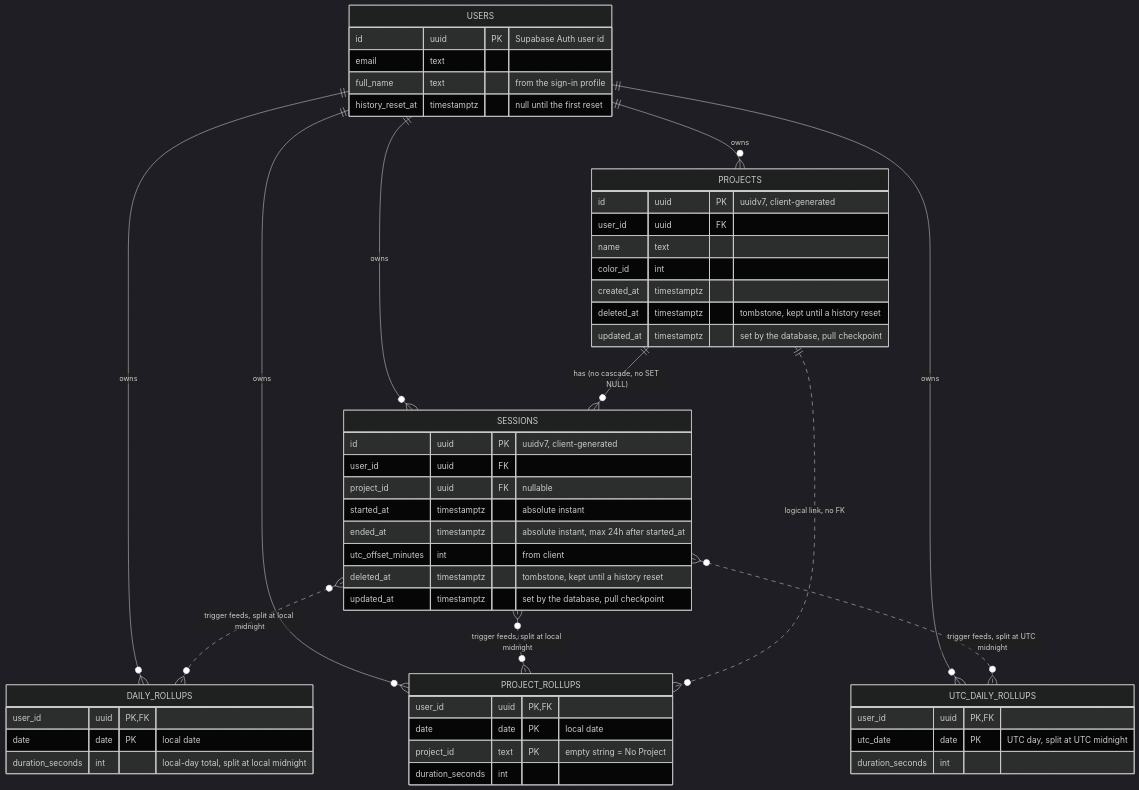
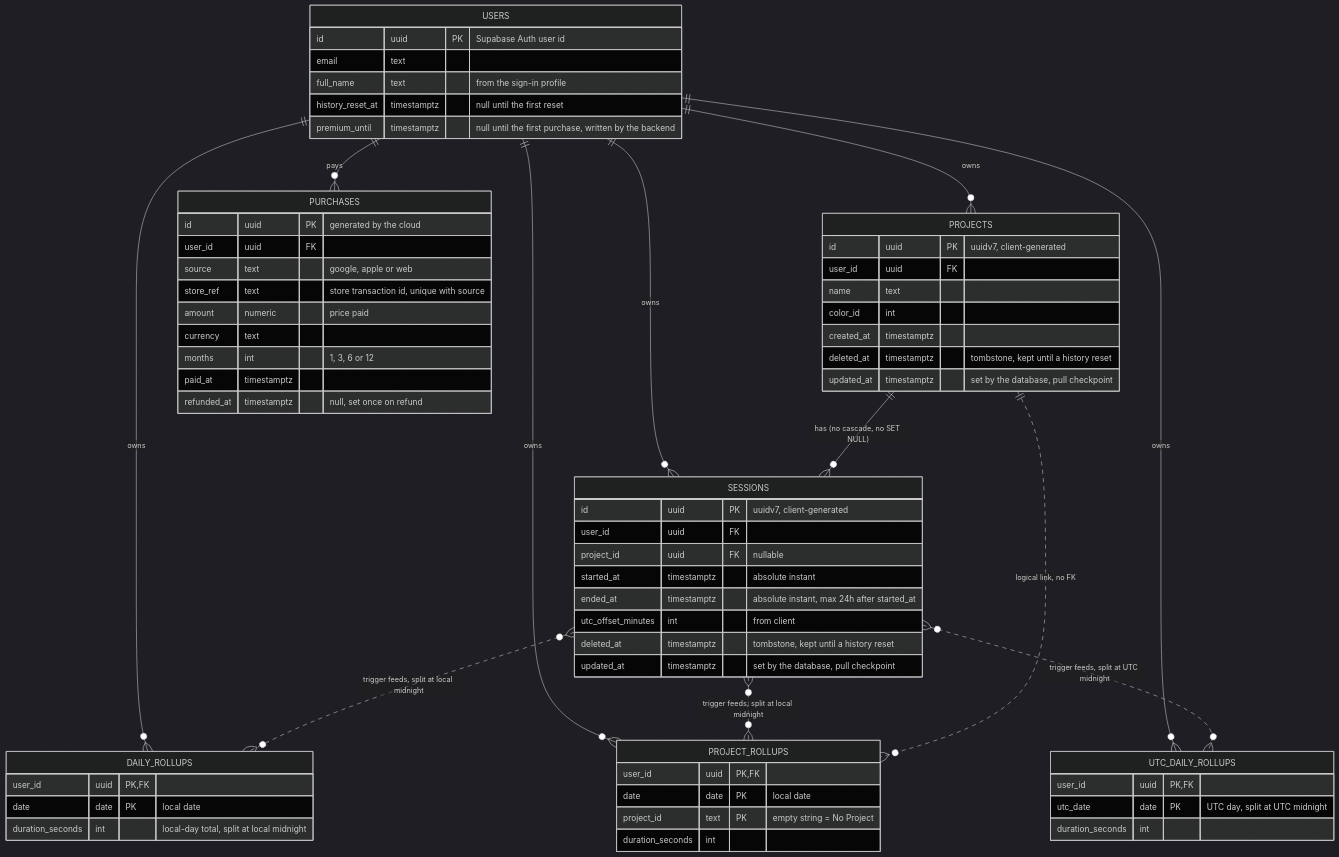
One commit to sardaar-niamotullah/tarkeez changed the third of 3 diagrams in README.md. Above: the diagram before and after it, drawn with Mermaid (dark theme). The commit also changed other lines of this file and 1 other file, not shown here.

````diff
--- a/README.md
+++ b/README.md
@@ -417,55 +435,68 @@
 ```mermaid
 erDiagram
   USERS ||--o{ PROJECTS : owns
   USERS ||--o{ SESSIONS : owns
   USERS ||--o{ DAILY_ROLLUPS : owns
   USERS ||--o{ PROJECT_ROLLUPS : owns
   USERS ||--o{ UTC_DAILY_ROLLUPS : owns
+  USERS ||--o{ PURCHASES : pays
   PROJECTS ||--o{ SESSIONS : "has (no cascade, no SET NULL)"
   SESSIONS }o..o{ DAILY_ROLLUPS : "trigger feeds, split at local midnight"
   SESSIONS }o..o{ PROJECT_ROLLUPS : "trigger feeds, split at local midnight"
   SESSIONS }o..o{ UTC_DAILY_ROLLUPS : "trigger feeds, split at UTC midnight"
   PROJECTS ||..o{ PROJECT_ROLLUPS : "logical link, no FK"
 
   USERS {
     id uuid PK "Supabase Auth user id"
     email text
     full_name text "from the sign-in profile"
     history_reset_at timestamptz "null until the first reset"
+    premium_until timestamptz "null until the first purchase, written by the backend"
   }
   PROJECTS {
     id uuid PK "uuidv7, client-generated"
     user_id uuid FK
     name text
     color_id int
     created_at timestamptz
     deleted_at timestamptz "tombstone, kept until a history reset"
     updated_at timestamptz "set by the database, pull checkpoint"
   }
   SESSIONS {
     id uuid PK "uuidv7, client-generated"
     user_id uuid FK
     project_id uuid FK "nullable"
     started_at timestamptz "absolute instant"
     ended_at timestamptz "absolute instant, max 24h after started_at"
     utc_offset_minutes int "from client"
     deleted_at timestamptz "tombstone, kept until a history reset"
     updated_at timestamptz "set by the database, pull checkpoint"
   }
   DAILY_ROLLUPS {
     user_id uuid PK, FK
     date date PK "local date"
     duration_seconds int "local-day total, split at local midnight"
   }
   PROJECT_ROLLUPS {
     user_id uuid PK, FK
     date date PK "local date"
     project_id text PK "empty string = No Project"
     duration_seconds int
   }
   UTC_DAILY_ROLLUPS {
     user_id uuid PK, FK
     utc_date date PK "UTC day, split at UTC midnight"
     duration_seconds int
   }
+  PURCHASES {
+    id uuid PK "generated by the cloud"
+    user_id uuid FK
+    source text "google, apple or web"
+    store_ref text "store transaction id, unique with source"
+    amount numeric "price paid"
+    currency text
+    months int "1, 3, 6 or 12"
+    paid_at timestamptz
+    refunded_at timestamptz "null, set once on refund"
+  }
 ```
````
